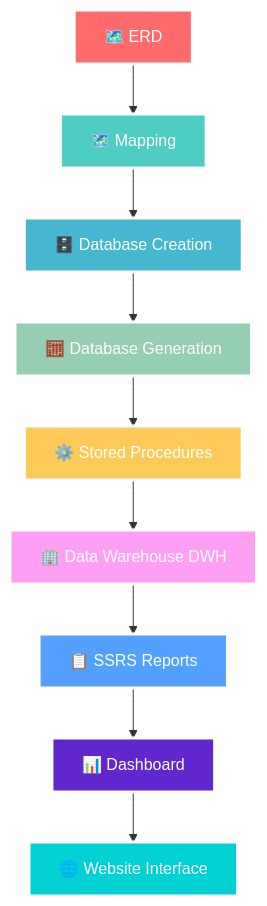
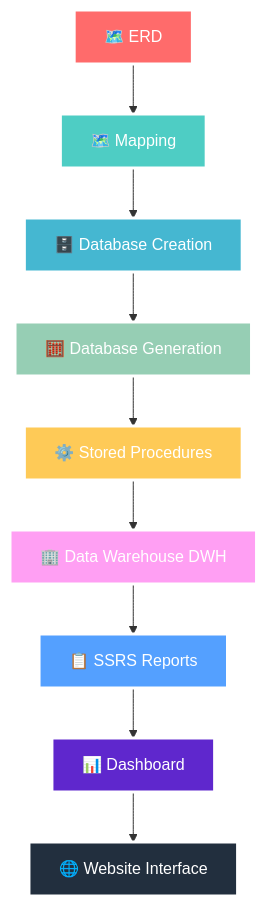
Before and after one commit to ZiadSharaf/ITI-Examination-System: the diagram in README.md, drawn with Mermaid.

````diff
--- a/README.md
+++ b/README.md
@@ -68,21 +68,21 @@
 ```mermaid
 graph TB
     A[🗺️ ERD] --> B[🗺️ Mapping]
     B --> C[🗄️ Database Creation]
     C --> D[🧮 Database Generation]
     D --> E[⚙️ Stored Procedures]
     E --> F[🏢 Data Warehouse DWH]
     F --> G[📋 SSRS Reports]
     G --> H[📊 Dashboard]
     H --> I[🌐 Website Interface]
     
     style A fill:#ff6b6b,stroke:#fff,stroke-width:3px,color:#fff
-    style B fill:#4ecdc4,stroke:#fff,stroke-width:3px,color:#fff
-    style C fill:#45b7d1,stroke:#fff,stroke-width:3px,color:#fff
-    style D fill:#96ceb4,stroke:#fff,stroke-width:3px,color:#fff
-    style E fill:#feca57,stroke:#fff,stroke-width:3px,color:#fff
-    style F fill:#ff9ff3,stroke:#fff,stroke-width:3px,color:#fff
-    style G fill:#54a0ff,stroke:#fff,stroke-width:3px,color:#fff
+    style B fill:#4ecdc4,stroke:#fff,stroke-width:3px,color:#fff 
+    style C fill:#45b7d1,stroke:#fff,stroke-width:3px,color:#fff 
+    style D fill:#96ceb4,stroke:#fff,stroke-width:3px,color:#fff 
+    style E fill:#feca57,stroke:#fff,stroke-width:3px,color:#fff 
+    style F fill:#ff9ff3,stroke:#fff,stroke-width:3px,color:#fff 
+    style G fill:#54a0ff,stroke:#fff,stroke-width:3px,color:#fff 
     style H fill:#5f27cd,stroke:#fff,stroke-width:3px,color:#fff
-    style I fill:#00d2d3,stroke:#fff,stroke-width:3px,color:#fff
+    style I fill:#222f3e,stroke:#fff,stroke-width:3px,color:#fff
 ```
````
